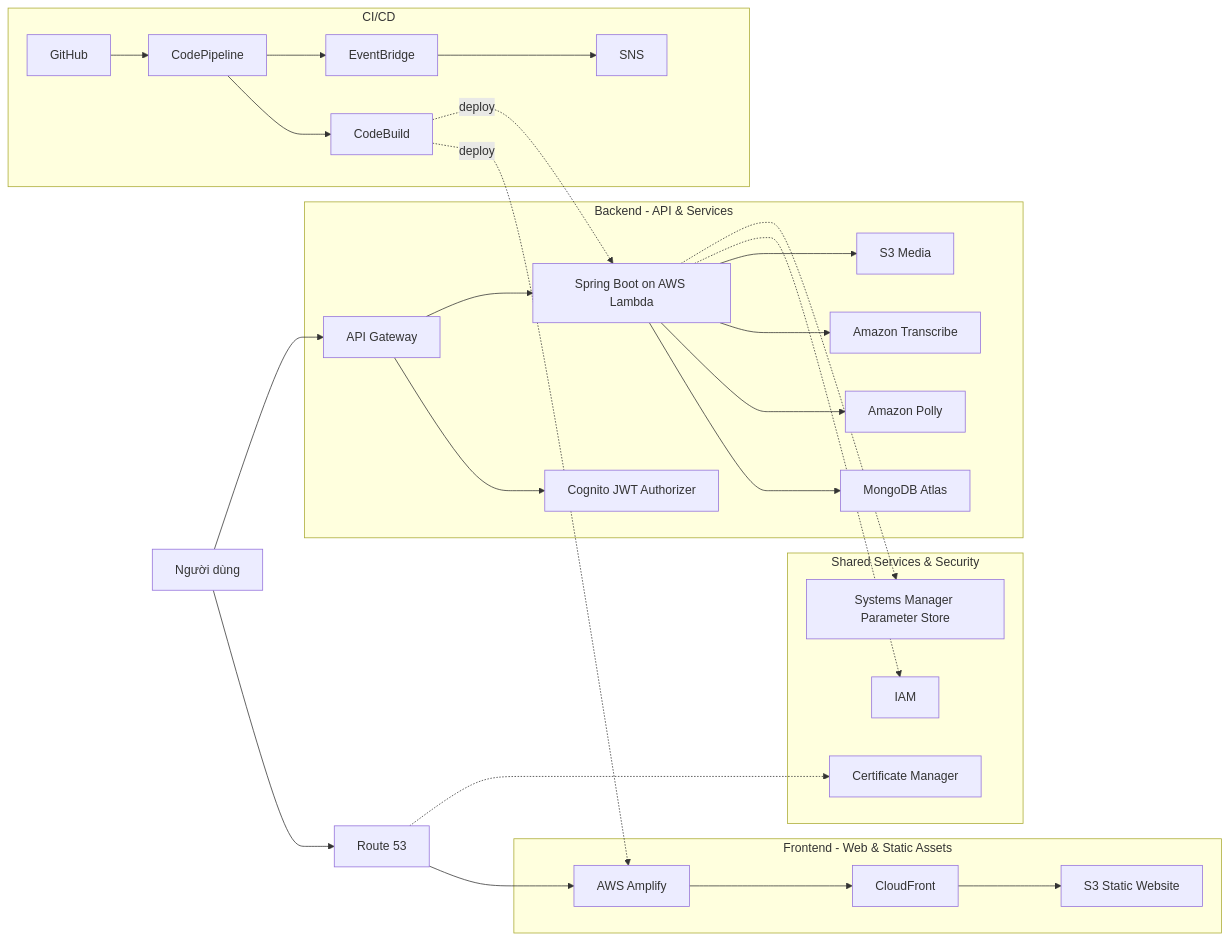
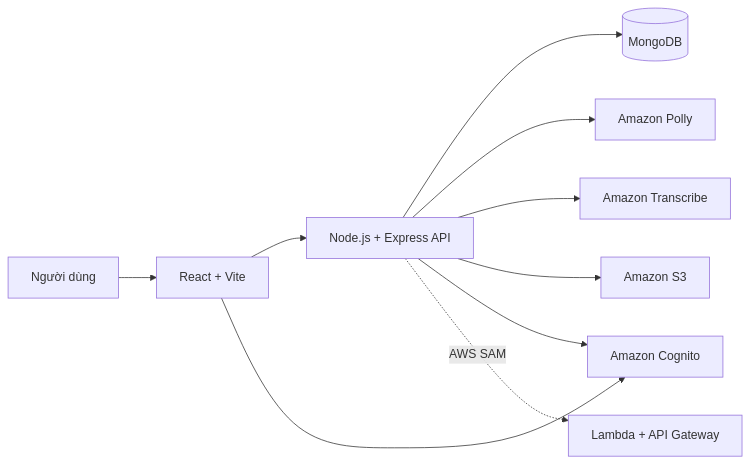
One commit to super-chickens-aws/polly-voice changed the diagram in README.md. Above: the diagram before and after it, drawn with Mermaid. The commit also changed other lines of this file and 33 other files, not shown here.

Commit message:
init frontend and backend

````diff
--- a/README.md
+++ b/README.md
@@ -163,54 +13,12 @@
 ```mermaid
 flowchart LR
-    U["Người dùng"] --> R53["Route 53"]
-
-    subgraph FE["Frontend - Web & Static Assets"]
-        AMP["AWS Amplify"]
-        CF["CloudFront"]
-        S3FE["S3 Static Website"]
-        AMP --> CF --> S3FE
-    end
-
-    R53 --> AMP
-    U --> APIGW
-
-    subgraph BE["Backend - API & Services"]
-        APIGW["API Gateway"]
-        COG["Cognito JWT Authorizer"]
-        SB["Spring Boot on AWS Lambda"]
-        MONGO["MongoDB Atlas"]
-        POLLY["Amazon Polly"]
-        TRANS["Amazon Transcribe"]
-        S3MEDIA["S3 Media"]
-
-        APIGW --> COG
-        APIGW --> SB
-        SB --> MONGO
-        SB --> POLLY
-        SB --> TRANS
-        SB --> S3MEDIA
-    end
-
-    subgraph SEC["Shared Services & Security"]
-        IAM["IAM"]
-        PARAM["Systems Manager Parameter Store"]
-        ACM["Certificate Manager"]
-    end
-
-    SB -.-> IAM
-    SB -.-> PARAM
-    R53 -.-> ACM
-
-    subgraph CICD["CI/CD"]
-        GH["GitHub"]
-        CP["CodePipeline"]
-        CB["CodeBuild"]
-        EB["EventBridge"]
-        SNS["SNS"]
-        GH --> CP --> CB
-        CP --> EB --> SNS
-    end
-
-    CB -. deploy .-> AMP
-    CB -. deploy .-> SB
+  U["Người dùng"] --> R["React + Vite"]
+  R --> A["Node.js + Express API"]
+  A --> M[("MongoDB")]
+  A --> P["Amazon Polly"]
+  A --> T["Amazon Transcribe"]
+  A --> S["Amazon S3"]
+  R --> C["Amazon Cognito"]
+  A --> C
+  A -. "AWS SAM" .-> L["Lambda + API Gateway"]
 ```
````
